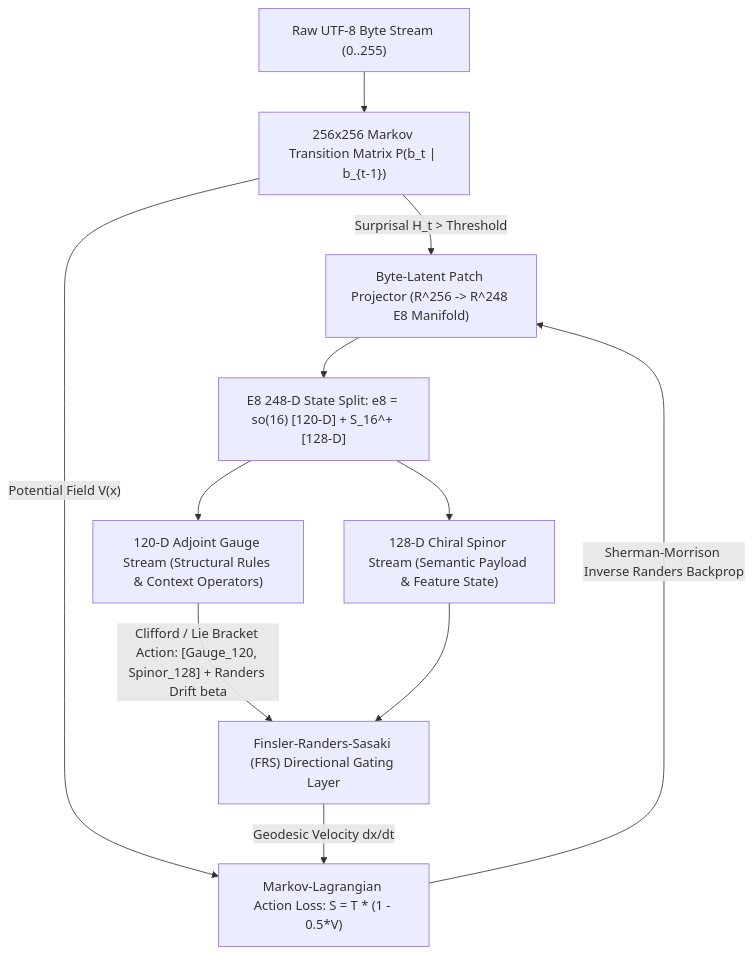
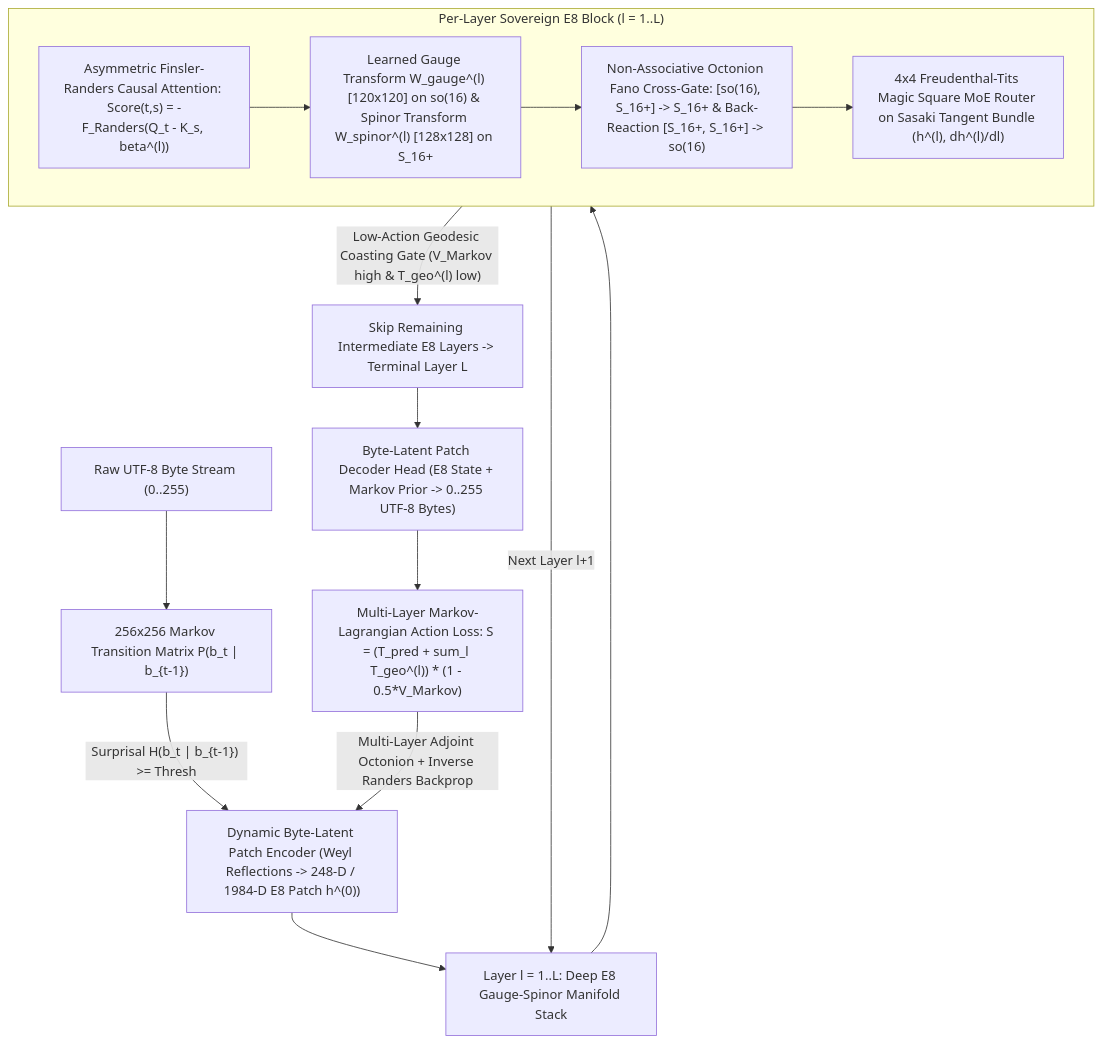
Before and after one commit to SK-Infidel/CARTAN-E8: the diagram in ROADMAP.md, drawn with Mermaid. The commit also changed other lines of this file and 11 other files, not shown here.

Commit message:
feat(cartan-e8): implement full Non-Euclidean Deep E8 Gauge-Spinor Stack, Finsler-Randers Causal Attention, & 4x4 Freudenthal Magic Square MoE (Stages 1-4)

````diff
--- a/ROADMAP.md
+++ b/ROADMAP.md
@@ -22,13 +28,19 @@
 ```mermaid
 flowchart TD
     A["Raw UTF-8 Byte Stream (0..255)"] --> B["256x256 Markov Transition Matrix P(b_t | b_{t-1})"]
-    B -->|"Surprisal H_t > Threshold"| C["Byte-Latent Patch Projector (R^256 -> R^248 E8 Manifold)"]
-    B -->|"Potential Field V(x)"| G["Markov-Lagrangian Action Loss: S = T * (1 - 0.5*V)"]
-    C --> D["E8 248-D State Split: e8 = so(16) [120-D] + S_16^+ [128-D]"]
-    D --> E1["120-D Adjoint Gauge Stream (Structural Rules & Context Operators)"]
-    D --> E2["128-D Chiral Spinor Stream (Semantic Payload & Feature State)"]
-    E1 -->|"Clifford / Lie Bracket Action: [Gauge_120, Spinor_128] + Randers Drift beta"| F["Finsler-Randers-Sasaki (FRS) Directional Gating Layer"]
-    E2 --> F
-    F -->|"Geodesic Velocity dx/dt"| G
-    G -->|"Sherman-Morrison Inverse Randers Backprop"| C
+    B -->|"Surprisal H(b_t | b_{t-1}) >= Thresh"| C["Dynamic Byte-Latent Patch Encoder (Weyl Reflections -> 248-D / 1984-D E8 Patch h^(0))"]
+    C --> D["Layer l = 1..L: Deep E8 Gauge-Spinor Manifold Stack"]
+    subgraph Layer_l ["Per-Layer Sovereign E8 Block (l = 1..L)"]
+        D1["Asymmetric Finsler-Randers Causal Attention: Score(t,s) = -F_Randers(Q_t - K_s, beta^(l))"]
+        D2["Learned Gauge Transform W_gauge^(l) [120x120] on so(16) & Spinor Transform W_spinor^(l) [128x128] on S_16+"]
+        D3["Non-Associative Octonion Fano Cross-Gate: [so(16), S_16+] -> S_16+ & Back-Reaction [S_16+, S_16+] -> so(16)"]
+        D4["4x4 Freudenthal-Tits Magic Square MoE Router on Sasaki Tangent Bundle (h^(l), dh^(l)/dl)"]
+        D1 --> D2 --> D3 --> D4
+    end
+    D --> Layer_l
+    Layer_l -->|"Low-Action Geodesic Coasting Gate (V_Markov high & T_geo^(l) low)"| E["Skip Remaining Intermediate E8 Layers -> Terminal Layer L"]
+    Layer_l -->|"Next Layer l+1"| D
+    E --> F["Byte-Latent Patch Decoder Head (E8 State + Markov Prior -> 0..255 UTF-8 Bytes)"]
+    F --> G["Multi-Layer Markov-Lagrangian Action Loss: S = (T_pred + sum_l T_geo^(l)) * (1 - 0.5*V_Markov)"]
+    G -->|"Multi-Layer Adjoint Octonion + Inverse Randers Backprop"| C
 ```
````
